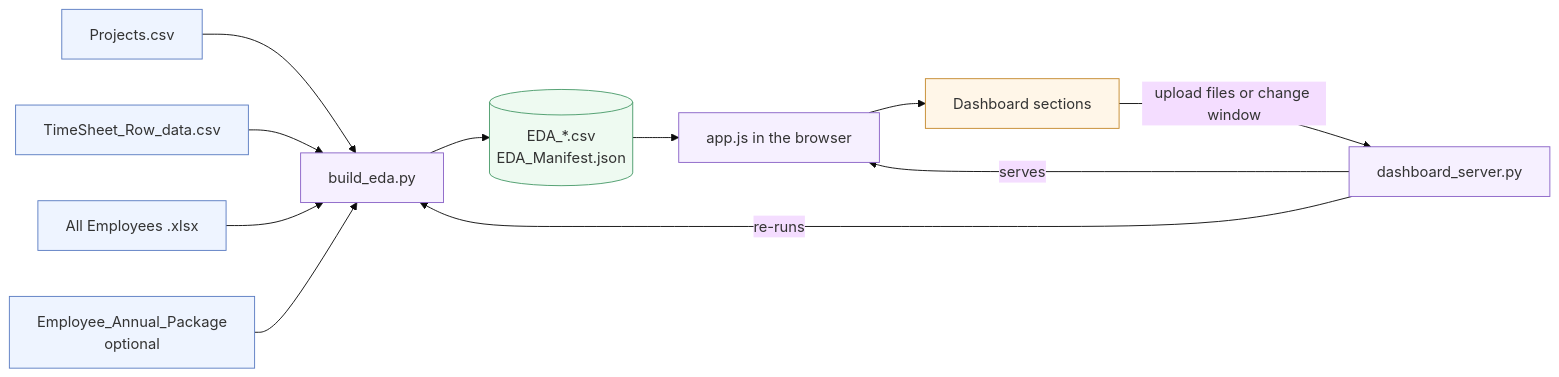
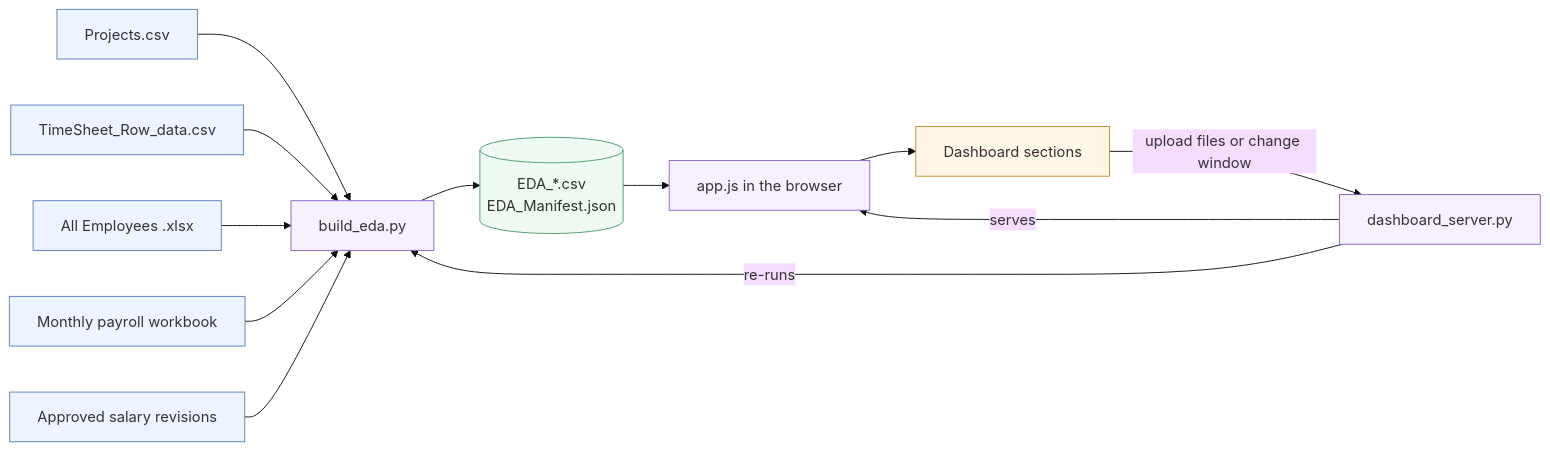
The second of 4 diagrams in README.md (nishchal-a11y/UpdatedDashboardProfit), drawn with Mermaid (base theme) before and after one commit. The commit also changed other lines of this file and 25 other files, not shown here.

Commit message:
feat(costing): apply effective salary revisions

````diff
--- a/README.md
+++ b/README.md
@@ -262,17 +272,18 @@
 ```mermaid
 flowchart LR
   P[Projects.csv]:::src --> B
   T[TimeSheet_Row_data.csv]:::src --> B
   E[All Employees .xlsx]:::src --> B
-  K[Employee_Annual_Package<br/>optional]:::src --> B
+  K[Monthly payroll workbook]:::src --> B
+  R[Approved salary revisions]:::src --> B
   B[build_eda.py]:::code --> D[(EDA_*.csv<br/>EDA_Manifest.json)]:::data
   D --> A[app.js in the browser]:::code
   A --> V[Dashboard sections]:::ui
   S[dashboard_server.py]:::code -- serves --> A
   V -- upload files or change window --> S
   S -- re-runs --> B
   classDef src fill:#eef4ff,stroke:#5b7cc2;
   classDef code fill:#f6f0ff,stroke:#8a63c7;
   classDef data fill:#eefaf1,stroke:#4a9b6a;
   classDef ui fill:#fff6e8,stroke:#c58a2e;
 ```
````
